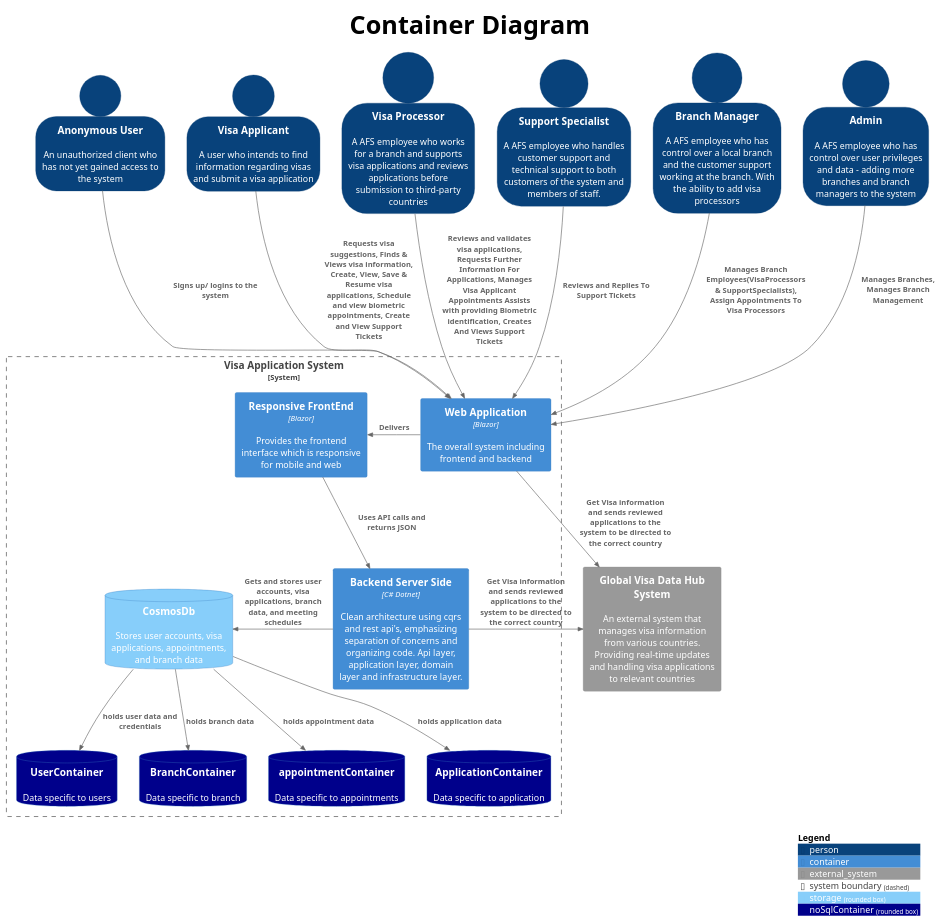
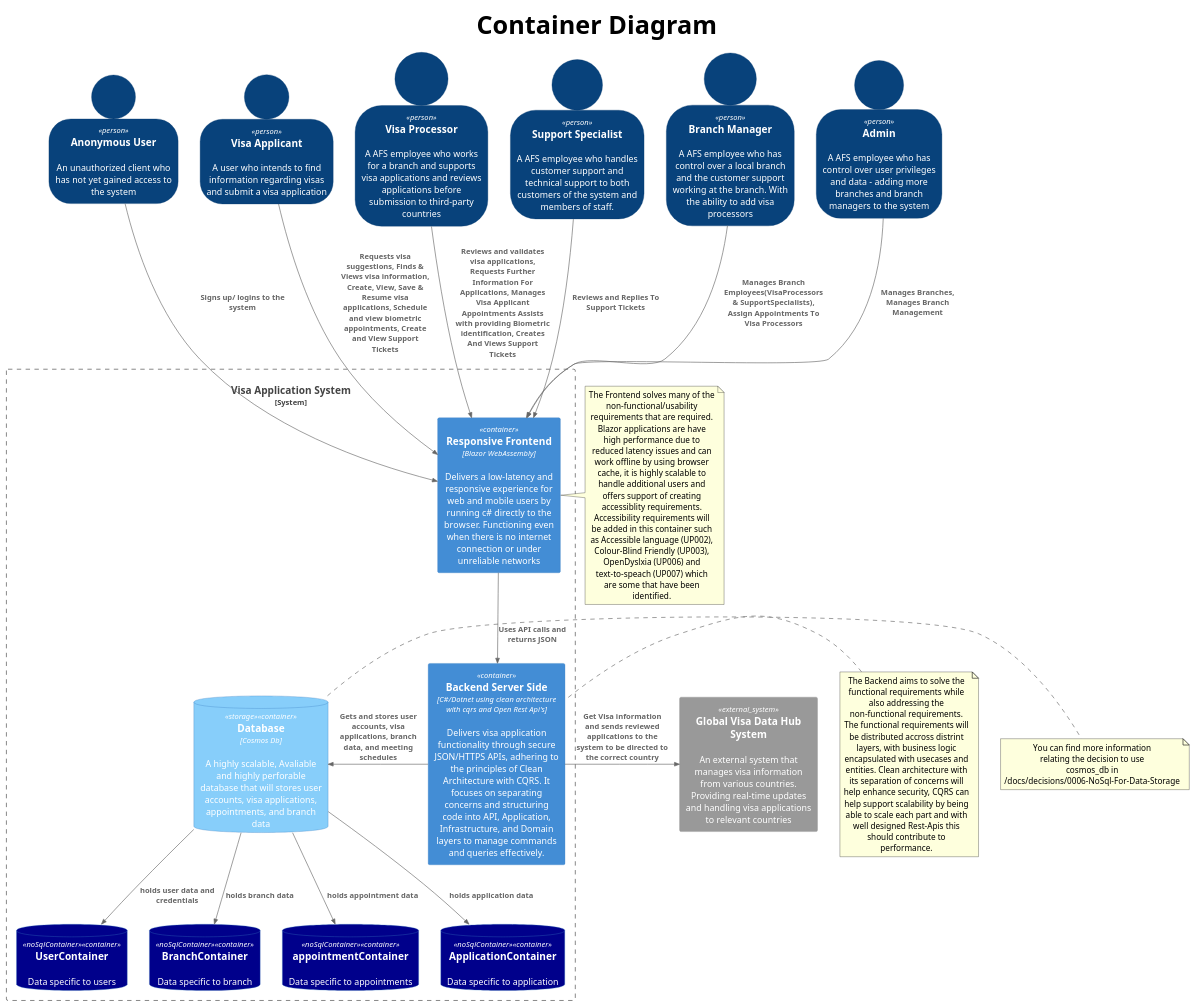
The diagram in docs/diagrams/C4/Container_Diagram.puml (kierenadkins/Software-Architecture), drawn with PlantUML before and after one commit. The commit also changed 5 other files, not shown here.

```diff
--- a/docs/diagrams/C4/Container_Diagram.puml
+++ b/docs/diagrams/C4/Container_Diagram.puml
@@ -1,51 +1,51 @@
 @startuml "messagebus"
 !include https://raw.githubusercontent.com/plantuml-stdlib/C4-PlantUML/master/C4_Container.puml
 
 AddElementTag("storage", $shape=RoundedBoxShape(), $bgColor="lightSkyBlue", $fontColor="white")
 AddElementTag("noSqlContainer", $shape=RoundedBoxShape(), $bgColor="DarkBlue", $fontColor="white")
 
 
 SHOW_PERSON_OUTLINE()
 
 title <size:40> Container Diagram
 
 Person(anonymousUser, Anonymous User, "An unauthorized client who has not yet gained access to the system")
 Person(visaApplicant, Visa Applicant, "A user who intends to find information regarding visas and submit a visa application")
 Person(visaOfficer, Visa Processor, "A AFS employee who works for a branch and supports visa applications and reviews applications before submission to third-party countries")
 Person(supportSpecialist, Support Specialist, "A AFS employee who handles customer support and technical support to both customers of the system and members of staff.")
 Person(branchManager, Branch Manager, "A AFS employee who has control over a local branch and the customer support working at the branch. With the ability to add visa processors")
 Person(admin, Admin, "A AFS employee who has control over user privileges and data - adding more branches and branch managers to the system")
 
 System_Ext(globalVisaDataHubSystem, "Global Visa Data Hub System", "An external system that manages visa information from various countries. Providing real-time updates and handling visa applications to relevant countries")
 
 System_Boundary(c1, "Visa Application System") {
-    Container(app, "Web Application", "Blazor", "The overall system including frontend and backend")
-    Container(frontend, "Responsive FrontEnd", "Blazor", "Provides the frontend interface which is responsive for mobile and web")
-    Container(backend, "Backend Server Side", "C# Dotnet", "Clean architecture using cqrs and rest api's, emphasizing separation of concerns and organizing code. Api layer, application layer, domain layer and infrastructure layer. ")
-    ContainerDb(cosmos_db, "CosmosDb", , "Stores user accounts, visa applications, appointments, and branch data", $tags = "storage")
+    Container(frontend, "Responsive Frontend", "Blazor WebAssembly", "Delivers a low-latency and responsive experience for web and mobile users by running c# directly to the browser. Functioning even when there is no internet connection or under unreliable networks  ")
+    Container(backend, "Backend Server Side", "C#/Dotnet using clean architecture with cqrs and Open Rest Api's", "Delivers visa application functionality through secure JSON/HTTPS APIs, adhering to the principles of Clean Architecture with CQRS. It focuses on separating concerns and structuring code into API, Application, Infrastructure, and Domain layers to manage commands and queries effectively.")
+    ContainerDb(cosmos_db, "Database","Cosmos Db" , "A highly scalable, Avaliable and highly perforable database that will stores user accounts, visa applications, appointments, and branch data", $tags = "storage")
     ContainerDb(userContainer, "UserContainer", , "Data specific to users", $tags = "noSqlContainer")
     ContainerDb(branchContainer, "BranchContainer", , "Data specific to branch", $tags = "noSqlContainer")
     ContainerDb(appointmentContainer, "appointmentContainer", , "Data specific to appointments", $tags = "noSqlContainer")
     ContainerDb(applicationContainer, "ApplicationContainer", , "Data specific to application", $tags = "noSqlContainer")
 }
 
-Rel_D(anonymousUser, app, "Signs up/ logins to the system")
-Rel_D(visaApplicant, app, "Requests visa suggestions, Finds & Views visa information, Create, View, Save & Resume visa applications, Schedule and view biometric appointments, Create and View Support Tickets")
-Rel_D(visaOfficer, app, "Reviews and validates visa applications, Requests Further Information For Applications, Manages Visa Applicant Appointments Assists with providing Biometric identification, Creates And Views Support Tickets")
-Rel_D(supportSpecialist, app, "Reviews and Replies To Support Tickets")
-Rel_D(branchManager, app, "Manages Branch Employees(VisaProcessors & SupportSpecialists), Assign Appointments To Visa Processors")
-Rel_D(admin, app, "Manages Branches, Manages Branch Management")
-Rel_D(app, globalVisaDataHubSystem, "Get Visa information and sends reviewed applications to the system to be directed to the correct country")
+Rel_D(anonymousUser, frontend, "Signs up/ logins to the system")
+Rel_D(visaApplicant, frontend, "Requests visa suggestions, Finds & Views visa information, Create, View, Save & Resume visa applications, Schedule and view biometric appointments, Create and View Support Tickets")
+Rel_D(visaOfficer, frontend, "Reviews and validates visa applications, Requests Further Information For Applications, Manages Visa Applicant Appointments Assists with providing Biometric identification, Creates And Views Support Tickets")
+Rel_D(supportSpecialist, frontend, "Reviews and Replies To Support Tickets")
+Rel_D(branchManager, frontend, "Manages Branch Employees(VisaProcessors & SupportSpecialists), Assign Appointments To Visa Processors")
+Rel_D(admin, frontend, "Manages Branches, Manages Branch Management")
 
-Rel_R(app, frontend, "Delivers")
 Rel_L(backend, cosmos_db, "Gets and stores user accounts, visa applications, branch data, and meeting schedules")
 Rel_R(backend, globalVisaDataHubSystem, "Get Visa information and sends reviewed applications to the system to be directed to the correct country")
 Rel_D(frontend, backend, "Uses API calls and returns JSON")
 
 
 Rel_D(cosmos_db, userContainer ,"holds user data and credentials")
 Rel_D(cosmos_db, branchContainer ,"holds branch data")
 Rel_D(cosmos_db, appointmentContainer , "holds appointment data")
 Rel_D(cosmos_db, applicationContainer , "holds application data")
-SHOW_LEGEND()
+
+note left of "frontend" : The Frontend solves many of the non-functional/usability requirements that are required. Blazor applications are have high performance due to reduced latency issues and can work offline by using browser cache, it is highly scalable to handle additional users and offers support of creating accessiblity requirements. Accessibility requirements will be added in this container such as Accessible language (UP002), Colour-Blind Friendly (UP003), OpenDyslxia (UP006) and text-to-speach (UP007) which are some that have been identified.  
+note left of "backend" : The Backend aims to solve the functional requirements while also addressing the non-functional requirements. The functional requirements will be distributed accross distrint layers, with business logic encapsulated with usecases and entities. Clean architecture with its separation of concerns will help enhance security, CQRS can help support scalability by being able to scale each part and with well designed Rest-Apis this should contribute to performance.
+note right of "cosmos_db" : You can find more information relating the decision to use cosmos_db in /docs/decisions/0006-NoSql-For-Data-Storage
 @enduml
```
